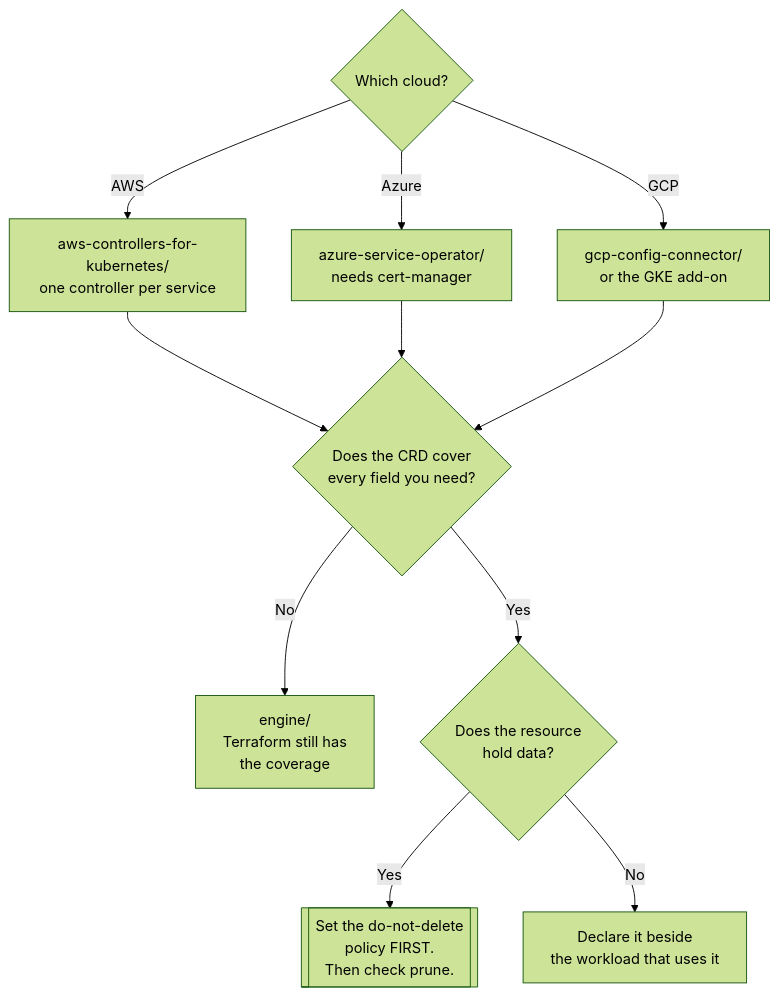
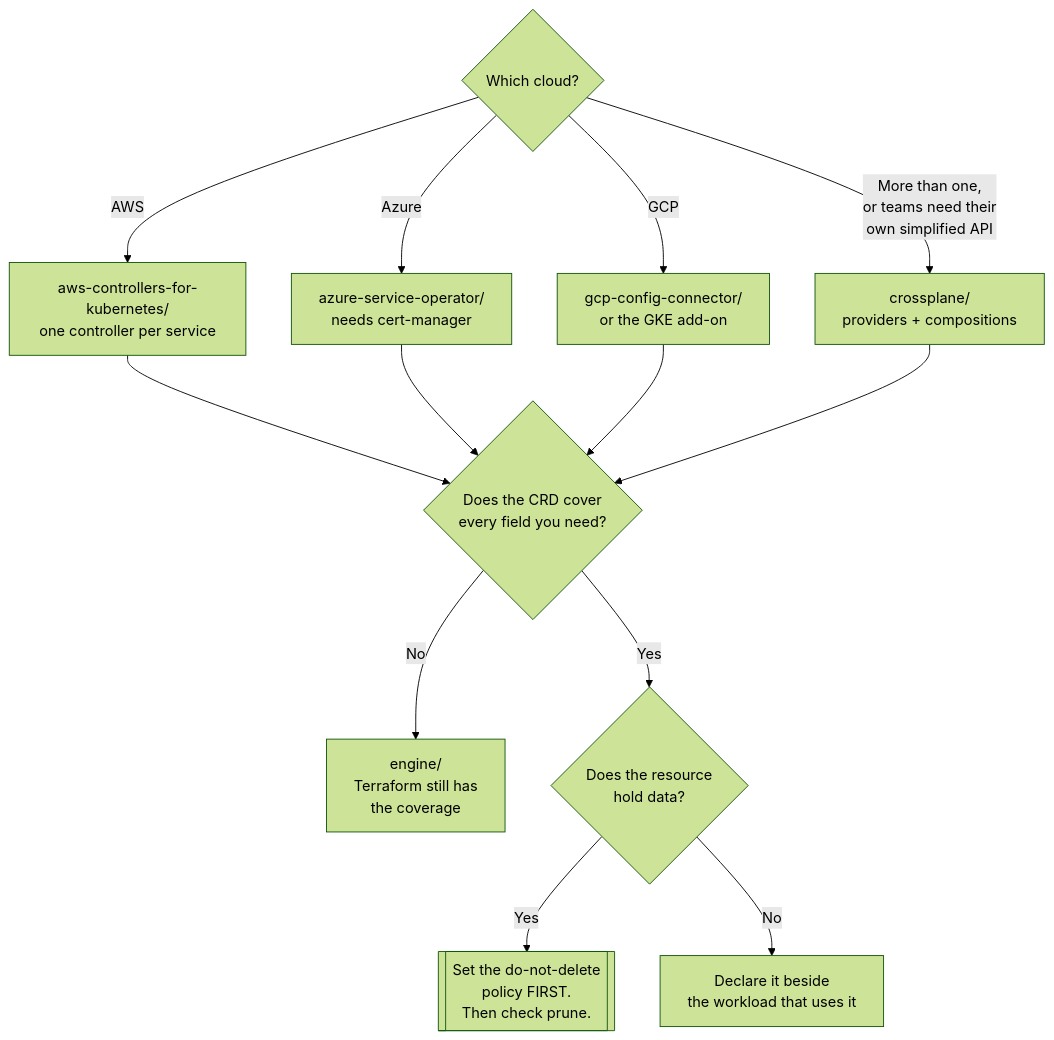
One commit to andreyolv/pikakube changed the diagram in infrastructure/platform-engineering/iac/cloud/README.md. Above: the diagram before and after it, drawn with Mermaid (forest theme). The commit also changed other lines of this file and 52 other files, not shown here.

Commit message:
add mlflow-chart tests

````diff
--- a/infrastructure/platform-engineering/iac/cloud/README.md
+++ b/infrastructure/platform-engineering/iac/cloud/README.md
@@ -98,20 +109,22 @@
 ```mermaid
 flowchart TD
     START{Which cloud?}
 
     START -->|AWS| ACK[aws-controllers-for-kubernetes/<br/>one controller per service]
     START -->|Azure| ASO[azure-service-operator/<br/>needs cert-manager]
     START -->|GCP| CC[gcp-config-connector/<br/>or the GKE add-on]
+    START -->|"More than one,<br/>or teams need their<br/>own simplified API"| XP[crossplane/<br/>providers + compositions]
 
     ACK --> Q1
     ASO --> Q1
     CC --> Q1
+    XP --> Q1
 
     Q1{Does the CRD cover<br/>every field you need?}
     Q1 -->|No| ENG[engine/<br/>Terraform still has<br/>the coverage]
     Q1 -->|Yes| Q2
 
     Q2{Does the resource<br/>hold data?}
     Q2 -->|Yes| PROTECT[[Set the do-not-delete<br/>policy FIRST.<br/>Then check prune.]]
     Q2 -->|No| GO[Declare it beside<br/>the workload that uses it]
 ```
````
